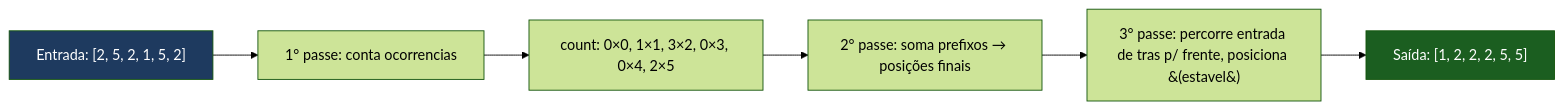
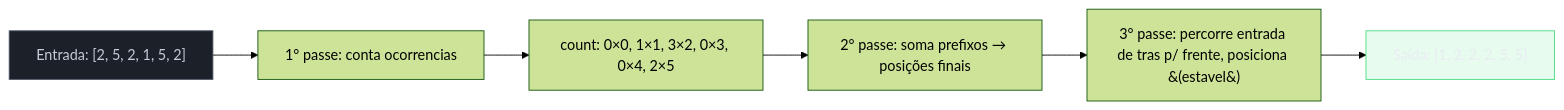
One commit to josenaldo/codex-technomanticus changed the fifth of 6 diagrams in 03-Dominios/Ciência/Algoritmos/07 - Ordenação.md. Above: the diagram before and after it, drawn with Mermaid (forest theme). The commit also changed other lines of this file and 1181 other files, not shown here.

First line of the commit message:
fix(diagramas): paleta do sistema no lugar de cor cravada no markdown

````diff
--- a/03-Dominios/Ciência/Algoritmos/07 - Ordenação.md
+++ b/03-Dominios/Ciência/Algoritmos/07 - Ordenação.md
@@ -230,11 +237,13 @@
 ```mermaid
 flowchart LR
+    classDef neutro fill:#1B2029,stroke:#4E5666,color:#C6CCD8
+    classDef ok fill:#4ADE8021,stroke:#4ADE80,color:#E9ECF2
     A["Entrada: [2, 5, 2, 1, 5, 2]"] --> B["1&deg; passe: conta ocorrencias"]
     B --> C["count: 0&times;0, 1&times;1, 3&times;2, 0&times;3, 0&times;4, 2&times;5"]
     C --> D["2&deg; passe: soma prefixos &rarr; posições finais"]
     D --> E["3&deg; passe: percorre entrada de tras p/ frente, posiciona &#40;estavel&#41;"]
     E --> F["Saída: [1, 2, 2, 2, 5, 5]"]
 
-    style A fill:#1e3a5f,color:#fff
-    style F fill:#1b5e20,color:#fff
+    class A neutro
+    class F ok
 ```
````
